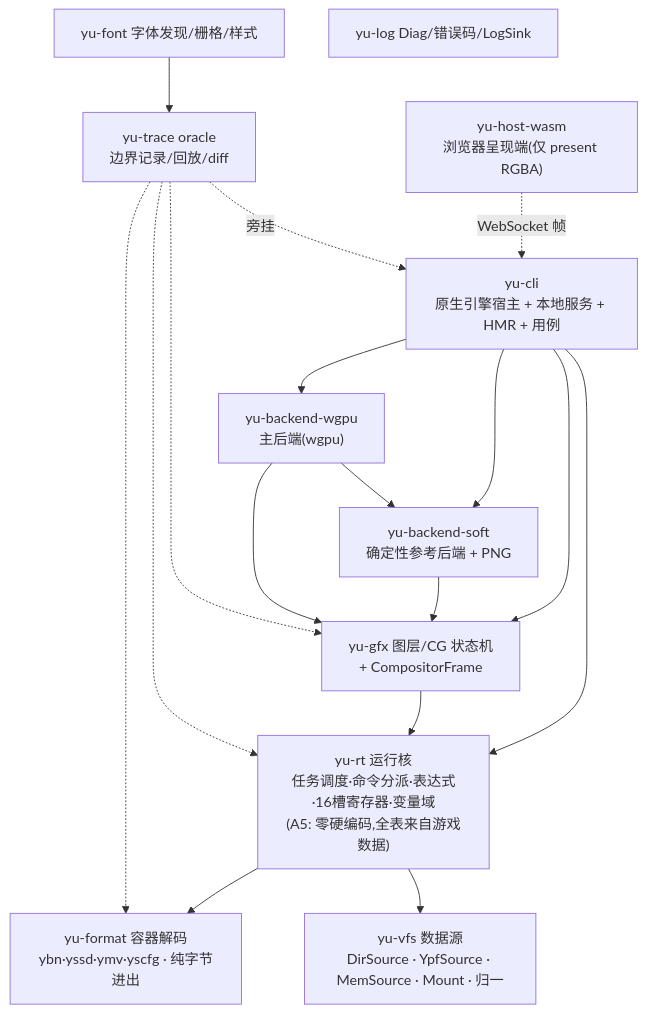
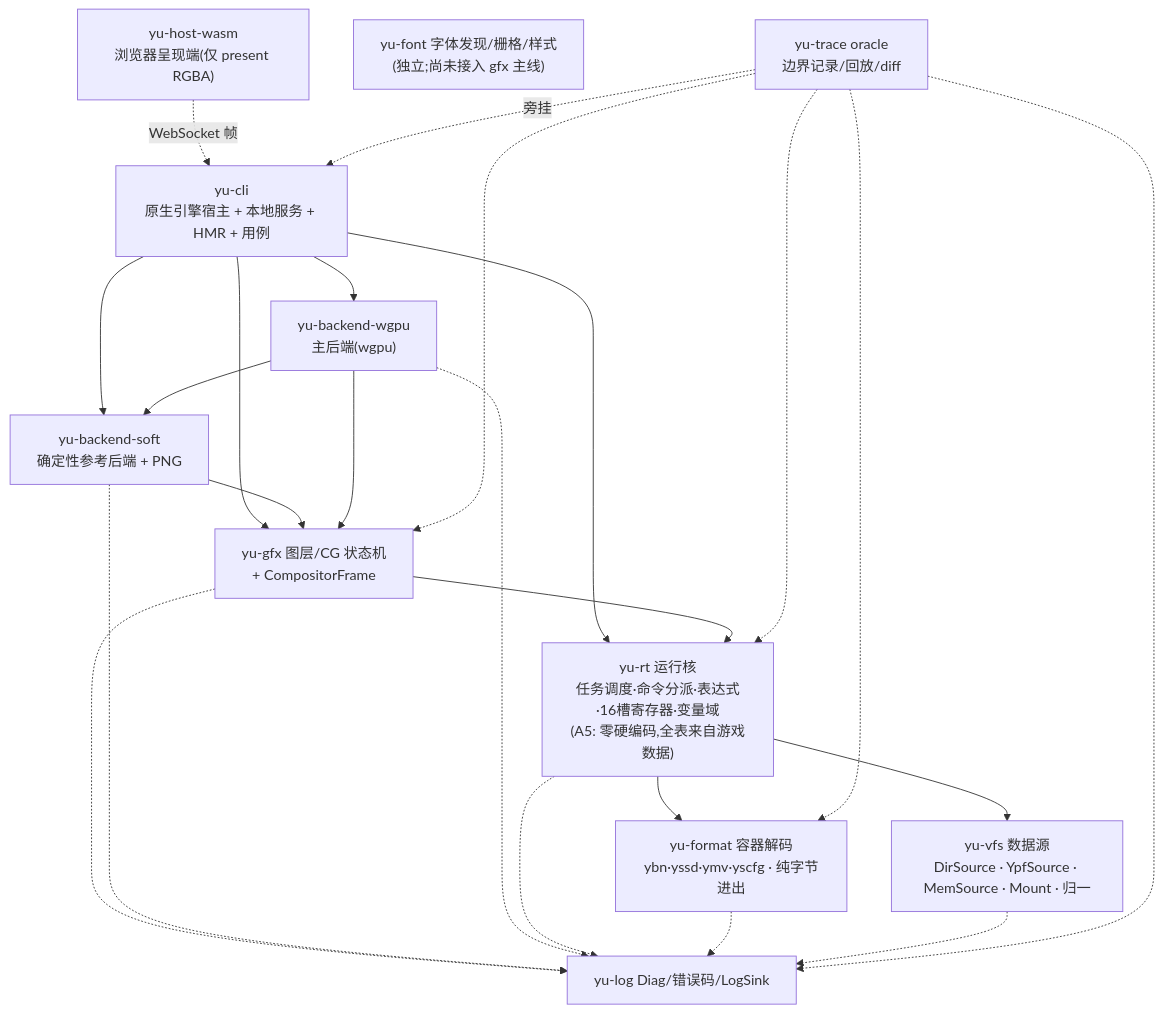
One commit to NotFaceGUI/yuris-kernel changed the diagram in docs/architecture.md. Above: the diagram before and after it, drawn with Mermaid. The commit also changed 1 other file, not shown here.

Commit message:
docs: 补齐依赖图与 dx_mode/主组复制契约说明
- architecture:yu-font 标注“独立、尚未接入 gfx 主线”;yu-log 改为各 crate 旁挂
- render-parity:dx_mode 是内核 A/B 契约而非引擎开关(引擎 effect 始终创建,
  psC/psD 触发条件是“有配对 + TA”)
- render-parity:主组已直绘、无 Offscreen pass,首帧无后缓冲的 COPY 源
  未裁决(DIV-GFX-051)

````diff
--- a/docs/architecture.md
+++ b/docs/architecture.md
@@ -58,31 +58,37 @@
 ```mermaid
 flowchart TD
     HOSTWASM["yu-host-wasm<br/>浏览器呈现端(仅 present RGBA)"]
     CLI["yu-cli<br/>原生引擎宿主 + 本地服务 + HMR + 用例"]
     GFX["yu-gfx 图层/CG 状态机<br/>+ CompositorFrame"]
     SOFT["yu-backend-soft<br/>确定性参考后端 + PNG"]
     WGPU["yu-backend-wgpu<br/>主后端(wgpu)"]
     RT["yu-rt 运行核<br/>任务调度·命令分派·表达式·16槽寄存器·变量域<br/>(A5: 零硬编码,全表来自游戏数据)"]
     FMT["yu-format 容器解码<br/>ybn·yssd·ymv·yscfg · 纯字节进出"]
     VFS["yu-vfs 数据源<br/>DirSource · YpfSource · MemSource · Mount · 归一"]
-    FONT["yu-font 字体发现/栅格/样式"]
+    FONT["yu-font 字体发现/栅格/样式<br/>(独立;尚未接入 gfx 主线)"]
     TRC["yu-trace oracle<br/>边界记录/回放/diff"]
     LOG["yu-log Diag/错误码/LogSink"]
 
     HOSTWASM -.->|WebSocket 帧| CLI
     CLI --> SOFT
     CLI --> WGPU
     CLI --> RT
     CLI --> GFX
     SOFT --> GFX
     WGPU --> GFX
     WGPU --> SOFT
     GFX --> RT
     RT --> FMT
     RT --> VFS
-    FONT --> TRC
     TRC -.->|旁挂| CLI
     TRC -.-> GFX
     TRC -.-> RT
     TRC -.-> FMT
+    GFX -.-> LOG
+    SOFT -.-> LOG
+    WGPU -.-> LOG
+    RT -.-> LOG
+    FMT -.-> LOG
+    VFS -.-> LOG
+    TRC -.-> LOG
 ```
````
